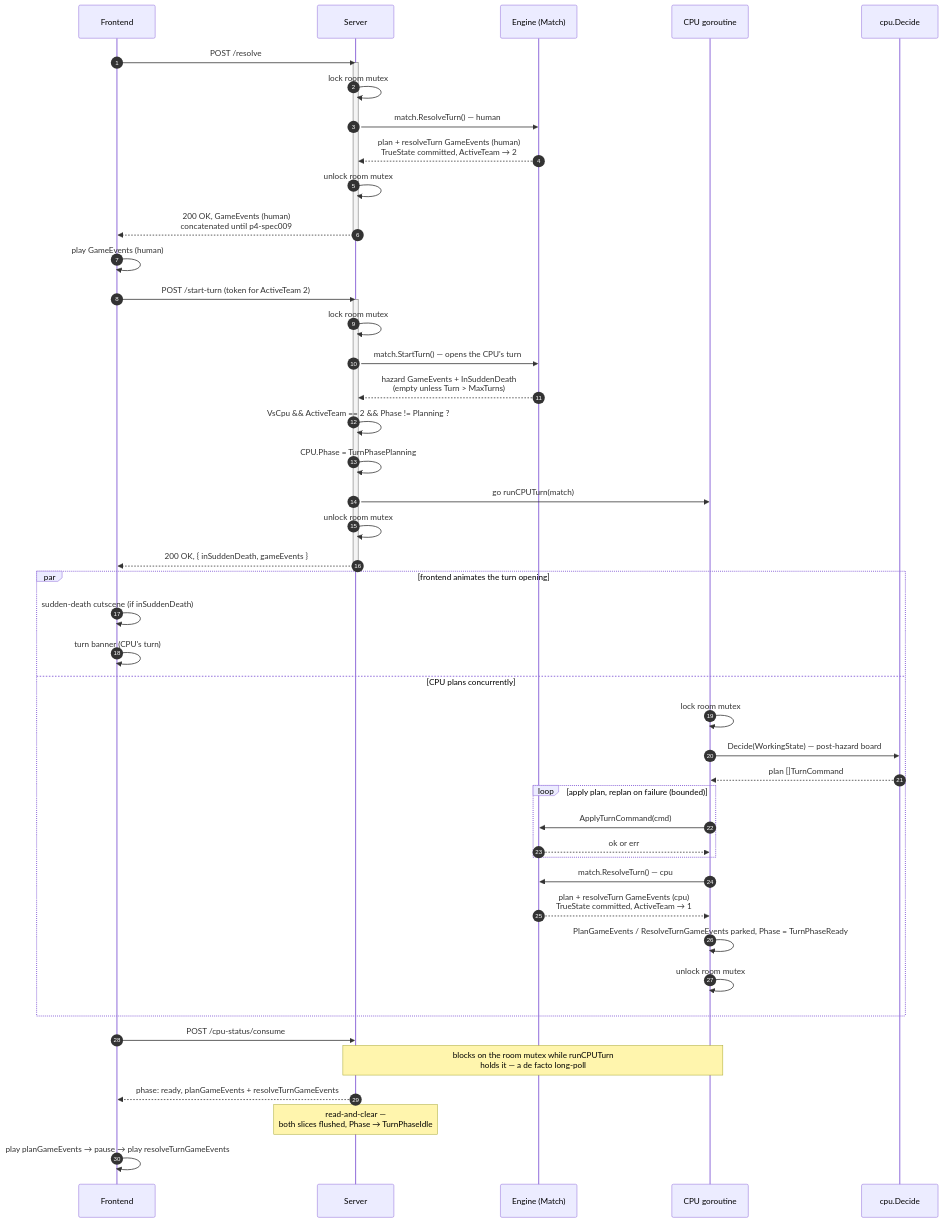
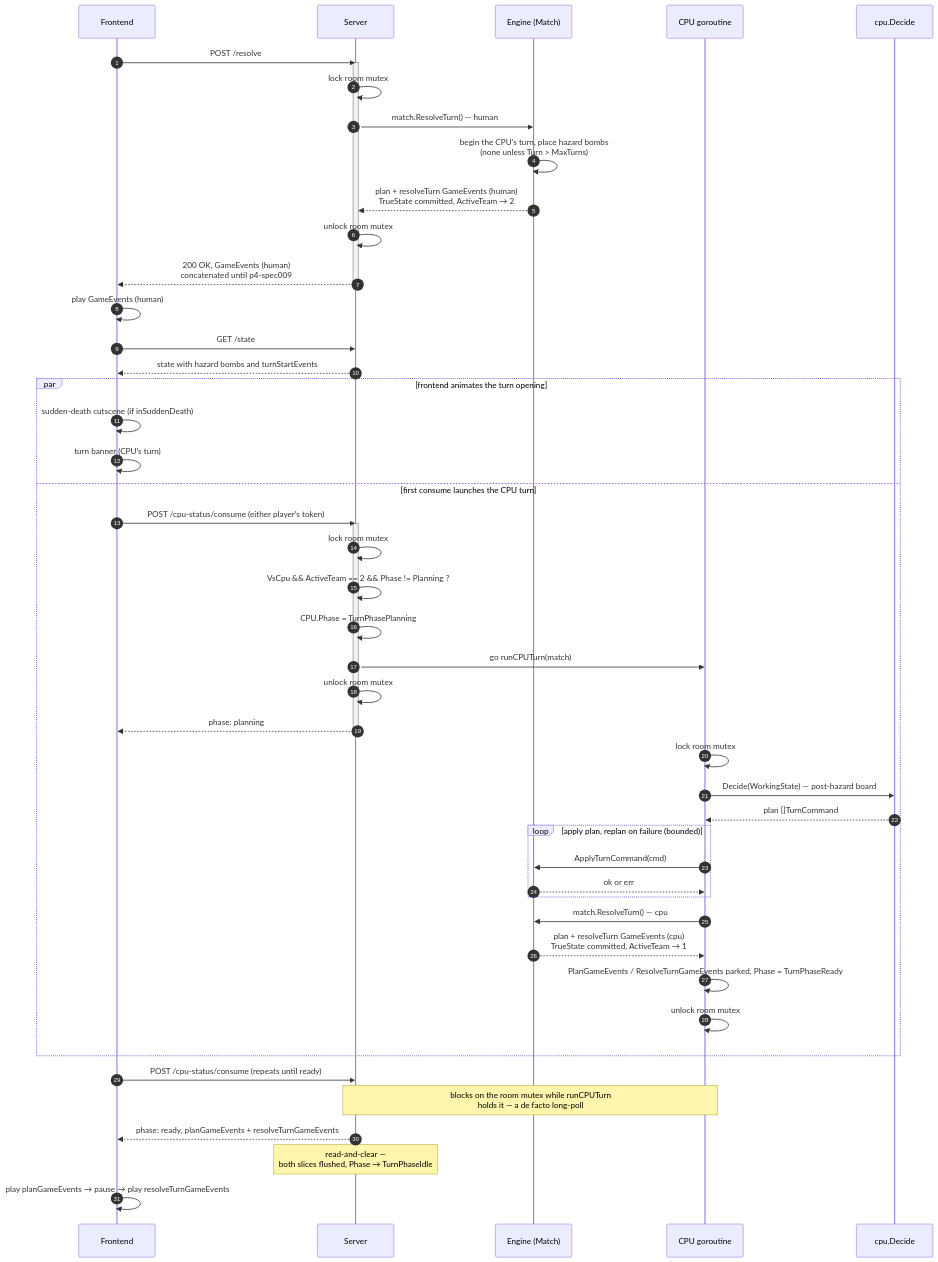
The first of 2 diagrams in docs/diagrams/vs-cpu-turn-sequence.md (oscarhkli/bomb-srpg), drawn with Mermaid before and after one commit. The commit also changed other lines of this file and 6 other files, not shown here.

First line of the commit message:
fix(web): read the turn start from GET /state instead of start-turn (#104)

````diff
--- a/docs/diagrams/vs-cpu-turn-sequence.md
+++ b/docs/diagrams/vs-cpu-turn-sequence.md
@@ -5,54 +5,55 @@
 ```mermaid
 sequenceDiagram
     autonumber
     participant FE as Frontend
     participant SV as Server
     participant EN as Engine (Match)
     participant GO as CPU goroutine
     participant CP as cpu.Decide
 
     FE->>SV: POST /resolve
     activate SV
     SV->>SV: lock room mutex
     SV->>EN: match.ResolveTurn()  — human
+    EN->>EN: begin the CPU's turn, place hazard bombs<br/>(none unless Turn > MaxTurns)
     EN-->>SV: plan + resolveTurn GameEvents (human)<br/>TrueState committed, ActiveTeam → 2
     SV->>SV: unlock room mutex
     SV-->>FE: 200 OK, GameEvents (human)<br/>concatenated until p4-spec009
     deactivate SV
     FE->>FE: play GameEvents (human)
 
-    FE->>SV: POST /start-turn  (token for ActiveTeam 2)
-    activate SV
-    SV->>SV: lock room mutex
-    SV->>EN: match.StartTurn()  — opens the CPU's turn
-    EN-->>SV: hazard GameEvents + InSuddenDeath<br/>(empty unless Turn > MaxTurns)
-    SV->>SV: VsCpu && ActiveTeam == 2 && Phase != Planning ?
-    SV->>SV: CPU.Phase = TurnPhasePlanning
-    SV->>GO: go runCPUTurn(match)
-    SV->>SV: unlock room mutex
-    SV-->>FE: 200 OK, { inSuddenDeath, gameEvents }
-    deactivate SV
+    FE->>SV: GET /state
+    SV-->>FE: state with hazard bombs and turnStartEvents
 
     par frontend animates the turn opening
         FE->>FE: sudden-death cutscene (if inSuddenDeath)
         FE->>FE: turn banner (CPU's turn)
-    and CPU plans concurrently
+    and first consume launches the CPU turn
+        FE->>SV: POST /cpu-status/consume  (either player's token)
+        activate SV
+        SV->>SV: lock room mutex
+        SV->>SV: VsCpu && ActiveTeam == 2 && Phase != Planning ?
+        SV->>SV: CPU.Phase = TurnPhasePlanning
+        SV->>GO: go runCPUTurn(match)
+        SV->>SV: unlock room mutex
+        SV-->>FE: phase: planning
+        deactivate SV
         GO->>GO: lock room mutex
         GO->>CP: Decide(WorkingState)  — post-hazard board
         CP-->>GO: plan []TurnCommand
         loop apply plan, replan on failure (bounded)
             GO->>EN: ApplyTurnCommand(cmd)
             EN-->>GO: ok or err
         end
         GO->>EN: match.ResolveTurn()  — cpu
         EN-->>GO: plan + resolveTurn GameEvents (cpu)<br/>TrueState committed, ActiveTeam → 1
         GO->>GO: PlanGameEvents / ResolveTurnGameEvents parked, Phase = TurnPhaseReady
         GO->>GO: unlock room mutex
     end
 
-    FE->>SV: POST /cpu-status/consume
+    FE->>SV: POST /cpu-status/consume  (repeats until ready)
     Note over SV,GO: blocks on the room mutex while runCPUTurn<br/>holds it — a de facto long-poll
     SV-->>FE: phase: ready, planGameEvents + resolveTurnGameEvents
     Note over SV: read-and-clear —<br/>both slices flushed, Phase → TurnPhaseIdle
     FE->>FE: play planGameEvents → pause → play resolveTurnGameEvents
 ```
````
